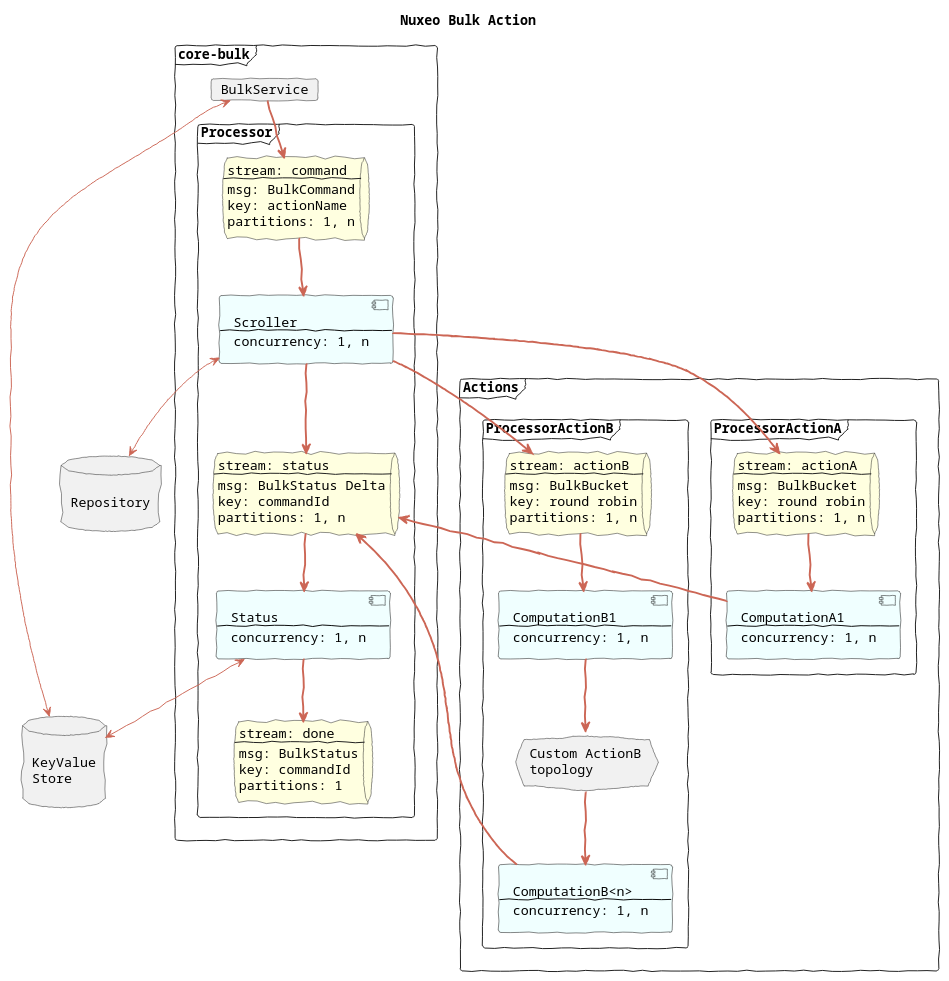
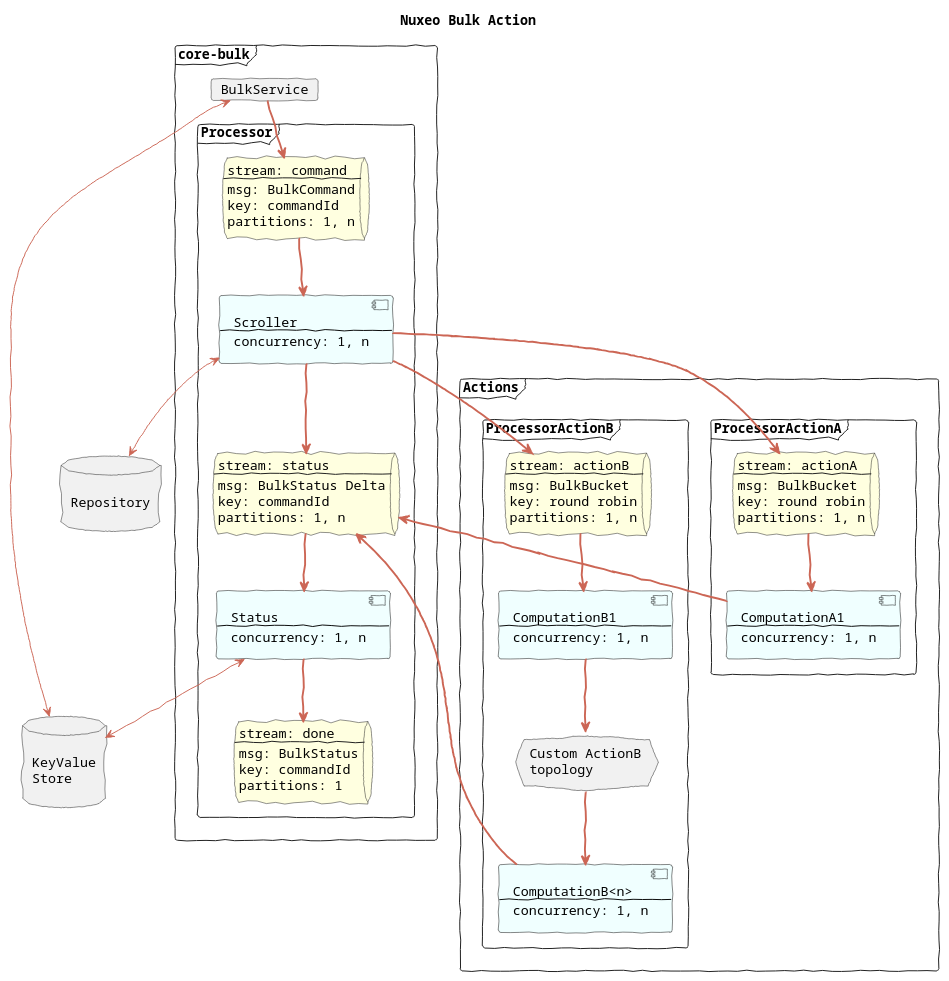
Before and after one commit to nuxeo/nuxeo: the diagram in nuxeo-core/nuxeo-core-bulk/bulk-overview.puml, drawn with PlantUML. The commit also changed 2 other files, not shown here.

Commit message:
NXP-25633: Changing command partition key from action to commandId
This enable to get more concurrency on an action, because action must
support interleaved command there is no reason to create a bottleneck on
the scroller phase.

```diff
--- a/nuxeo-core/nuxeo-core-bulk/bulk-overview.puml
+++ b/nuxeo-core/nuxeo-core-bulk/bulk-overview.puml
@@ -1,122 +1,122 @@
 @startuml
 
 title Nuxeo Bulk Action
 
 skinparam defaultFontName Courier
 skinparam handwritten true
 
 skinparam queueBackgroundColor LightYellow
 skinparam componentBackgroundColor Azure
 
 skinparam component {
   BorderColor black
   ArrowColor #CC6655
 }
 
 database Repository [
 
 Repository
 
 ]
 
 database KeyValue [
 
 KeyValue
 Store
 
 ]
 
 
 frame core-bulk {
   card BulkService
   frame Processor {
 
     component Scroller [Scroller
     ----
     concurrency: 1, n]
 
     component Status [Status
     ----
     concurrency: 1, n]
 
     queue command [stream: command
     ----
     msg: BulkCommand
-    key: actionName
+    key: commandId
     partitions: 1, n]
 
     queue status [stream: status
     ----
     msg: BulkStatus Delta
     key: commandId
     partitions: 1, n]
 
     queue done [stream: done
     ----
     msg: BulkStatus
     key: commandId
     partitions: 1]
   }
 }
 
 frame Actions {
 
   frame ProcessorActionA {
     component CA1[ComputationA1
     ----
     concurrency: 1, n]
 
     queue actionA [stream: actionA
     ----
     msg: BulkBucket
     key: round robin
     partitions: 1, n]
   }
 
   frame ProcessorActionB {
     component CB1[ComputationB1
     ----
     concurrency: 1, n]
 
     component CBn[ComputationB<n>
     ----
     concurrency: 1, n]
 
     queue actionB [stream: actionB
     ----
     msg: BulkBucket
     key: round robin
     partitions: 1, n]
 
     cloud CBk [Custom ActionB
     topology]
   }
 
 }
 
 
 BulkService==>command
 
 command==>Scroller
 Scroller==>actionA
 Scroller==>actionB
 
 actionA==>CA1
 CA1==>status
 
 actionB==>CB1
 CB1==>CBk
 CBk==>CBn
 CBn==>status
 
 status==>Status
 Status==>done
 
 Status<-->KeyValue
 Scroller<-->Repository
 
 Scroller==>status
 
 BulkService<-->KeyValue
 
 @enduml
```
